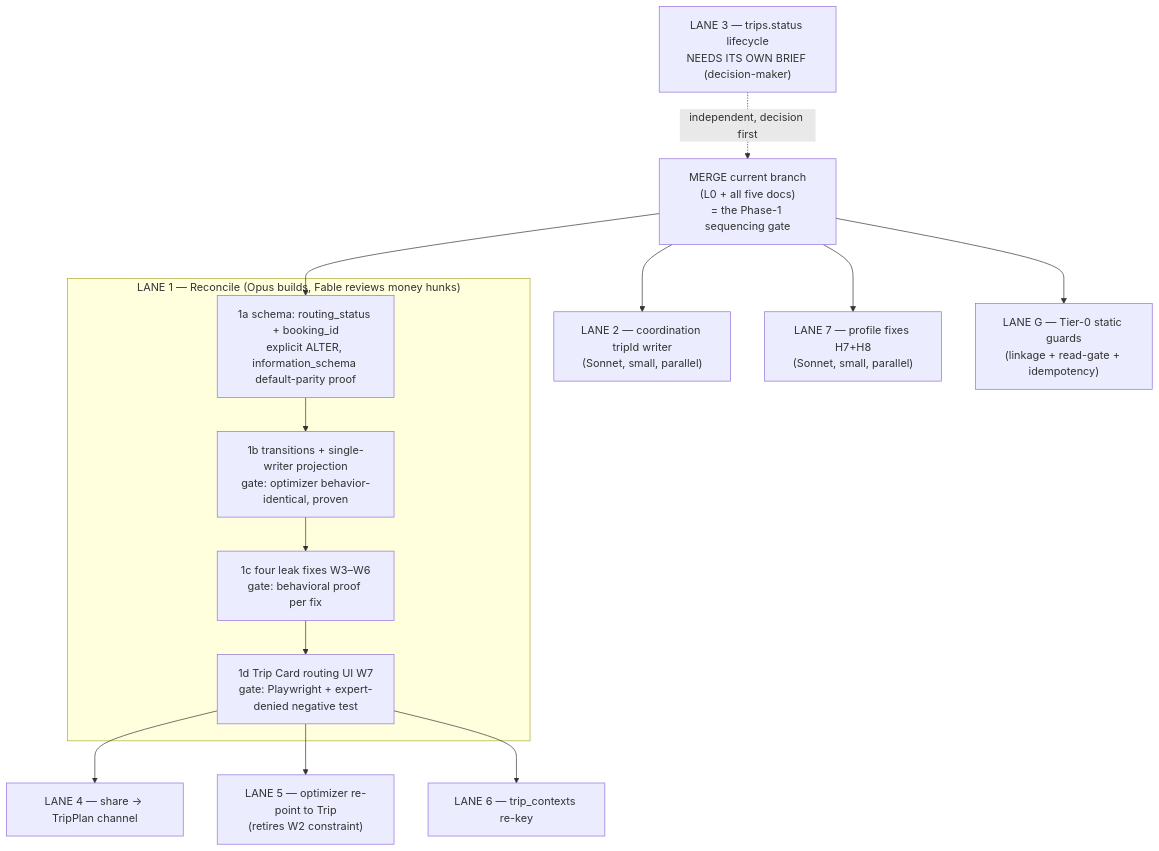
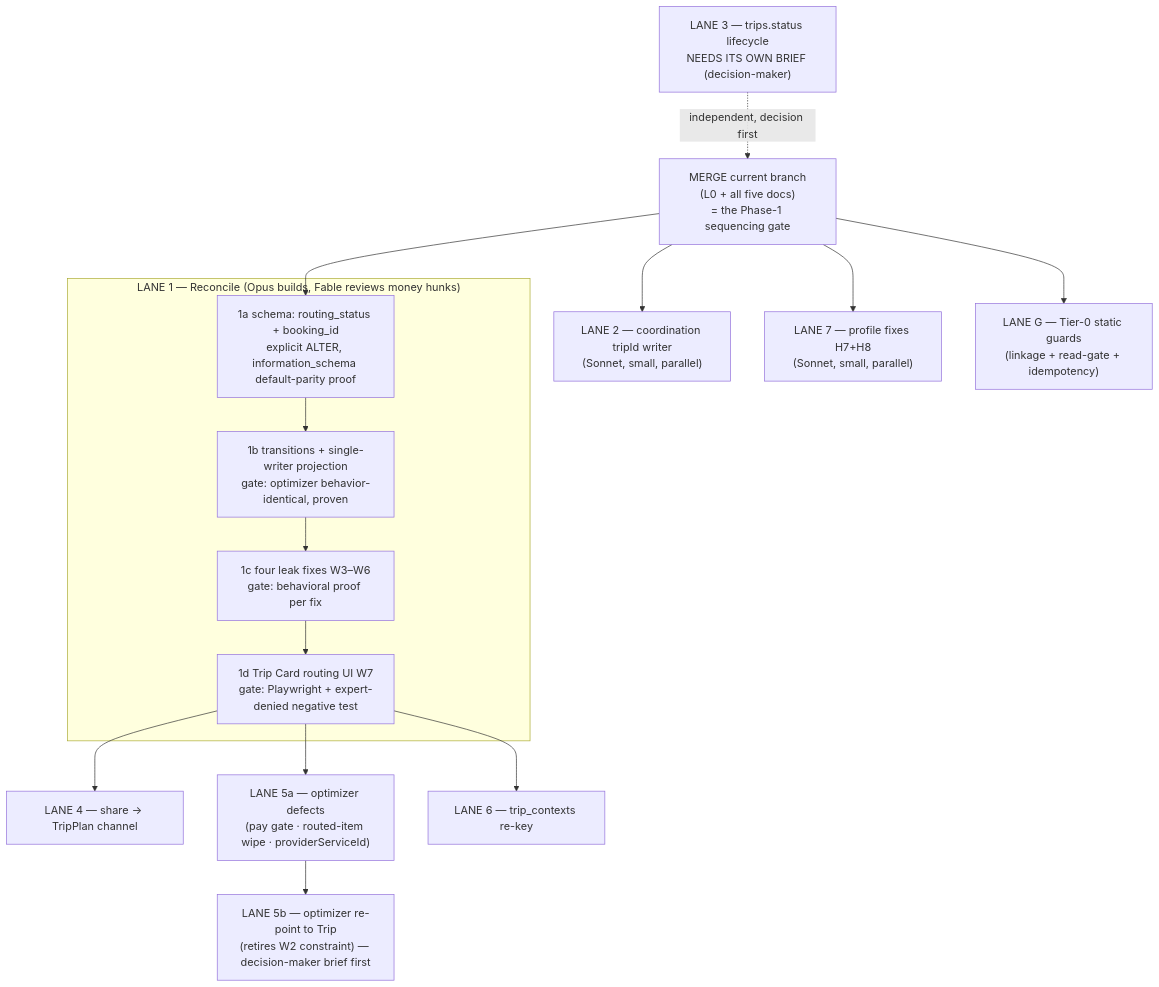
The third of 3 diagrams in docs/planning/TRIP_CANON_MASTER_BRIEF.md (Nardo758/Traveloure-Real-), drawn with Mermaid before and after one commit. The commit also changed other lines of this file and 7 other files, not shown here.

First line of the commit message:
Lane 5a: three live optimizer defects (pay gate, routed-item wipe, providerServiceId)

````diff
--- a/docs/planning/TRIP_CANON_MASTER_BRIEF.md
+++ b/docs/planning/TRIP_CANON_MASTER_BRIEF.md
@@ -96,18 +99,19 @@
 ```mermaid
 flowchart TD
   M["MERGE current branch<br/>(L0 + all five docs)<br/>= the Phase-1 sequencing gate"] --> L1a
   subgraph L1["LANE 1 — Reconcile (Opus builds, Fable reviews money hunks)"]
     L1a["1a schema: routing_status + booking_id<br/>explicit ALTER, information_schema default-parity proof"]
     L1b["1b transitions + single-writer projection<br/>gate: optimizer behavior-identical, proven"]
     L1c["1c four leak fixes W3–W6<br/>gate: behavioral proof per fix"]
     L1d["1d Trip Card routing UI W7<br/>gate: Playwright + expert-denied negative test"]
     L1a --> L1b --> L1c --> L1d
   end
   M --> L2["LANE 2 — coordination tripId writer<br/>(Sonnet, small, parallel)"]
   M --> L7["LANE 7 — profile fixes H7+H8<br/>(Sonnet, small, parallel)"]
   M --> LG["LANE G — Tier-0 static guards<br/>(linkage + read-gate + idempotency)"]
   L1d --> L4["LANE 4 — share → TripPlan channel"]
-  L1d --> L5["LANE 5 — optimizer re-point to Trip<br/>(retires W2 constraint)"]
+  L1d --> L5a["LANE 5a — optimizer defects<br/>(pay gate · routed-item wipe · providerServiceId)"]
+  L5a --> L5b["LANE 5b — optimizer re-point to Trip<br/>(retires W2 constraint) — decision-maker brief first"]
   L1d --> L6["LANE 6 — trip_contexts re-key"]
   L3["LANE 3 — trips.status lifecycle<br/>NEEDS ITS OWN BRIEF (decision-maker)"] -.->|independent, decision first| M
 ```
````
